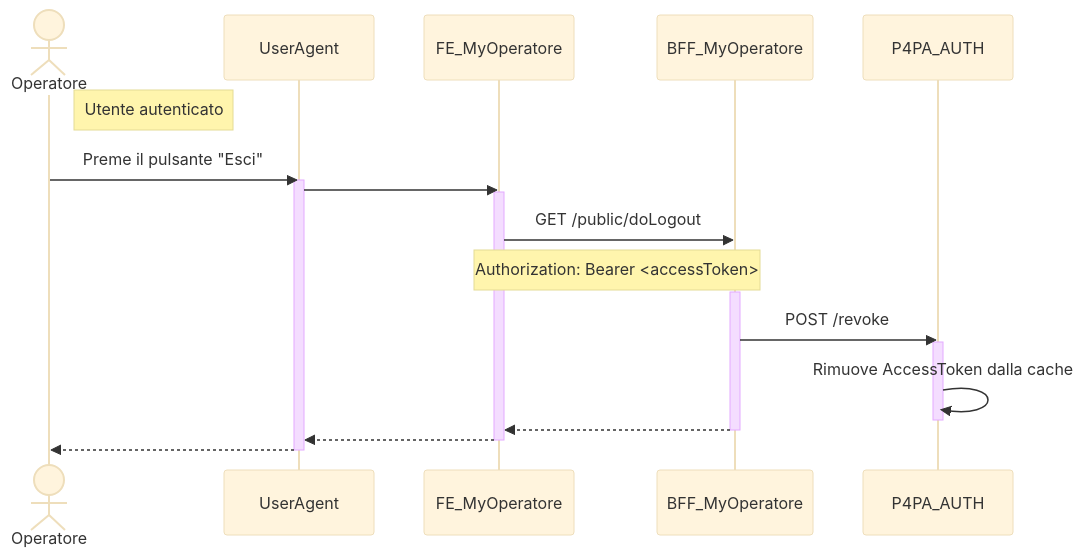
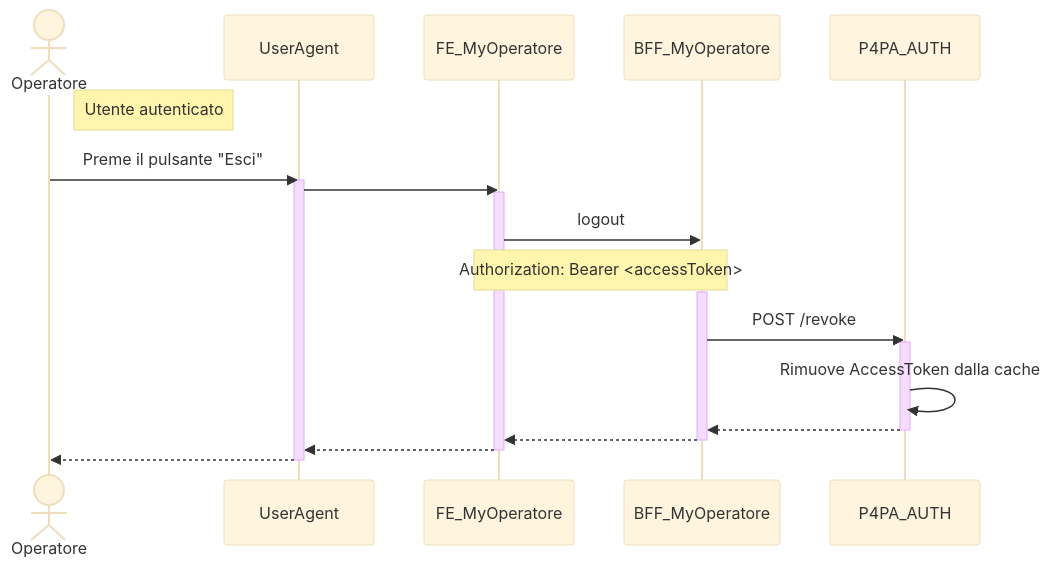
The diagram in design/auth/sequence_logout.mmd (pagopa/p4pa-doc), drawn with Mermaid (base theme) before and after one commit. The commit also changed 9 other files, not shown here.

```diff
--- a/design/auth/sequence_logout.mmd
+++ b/design/auth/sequence_logout.mmd
@@ -1,30 +1,31 @@
 sequenceDiagram
     actor Operatore
     participant UserAgent
     participant FE as FE_MyOperatore
     participant BFF as BFF_MyOperatore
     participant AUTH as P4PA_AUTH
 
     note right of Operatore: Utente autenticato
 
     Operatore ->> UserAgent: Preme il pulsante "Esci"
 
     activate UserAgent
         UserAgent ->> FE: #
         activate FE
-            FE ->> BFF: GET /public/doLogout
+            FE ->> BFF: logout
             note over FE, BFF: Authorization: Bearer <accessToken>
 
             activate BFF
                 BFF ->> AUTH: POST /revoke
                 activate AUTH
                     AUTH ->> AUTH: Rimuove AccessToken dalla cache
+                    AUTH -->> BFF: #
                 deactivate AUTH
 
                 BFF -->> FE: #
             deactivate BFF
 
             FE -->> UserAgent: #
         deactivate FE
         UserAgent -->> Operatore: #
     deactivate UserAgent
```
